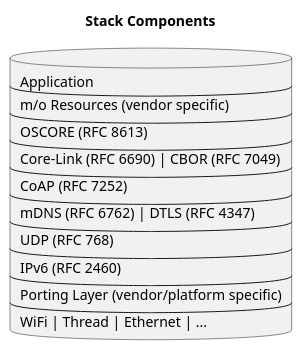
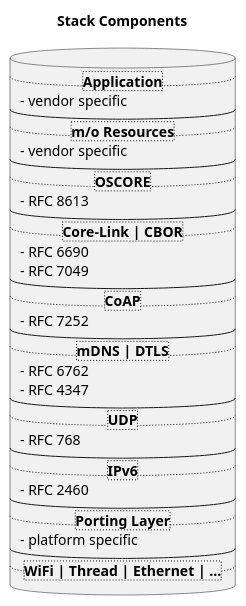
The first of 3 diagrams in README.md (Adam-Maciuga/sdk-knx-iot-point-api-stack), drawn with PlantUML before and after one commit. The commit also changed other lines of this file and 27 other files, not shown here.

````diff
--- a/README.md
+++ b/README.md
@@ -6,31 +6,40 @@
 ```plantuml
 @startuml
 
 title Stack Components 
 
 database Stack as "
-Application
+..**Application**..
+- vendor specific
 ----
-m/o Resources (vendor specific)
+.. **m/o Resources**..
+- vendor specific
 ----
-OSCORE (RFC 8613)
+..**OSCORE**..
+- RFC 8613
 ----
-Core-Link (RFC 6690) | CBOR (RFC 7049)
+..**Core-Link | CBOR**..
+- RFC 6690 
+- RFC 7049
 ----
-CoAP (RFC 7252)
+..**CoAP**..
+- RFC 7252
 ----
-mDNS (RFC 6762) | DTLS (RFC 4347)
+..**mDNS | DTLS**..
+- RFC 6762
+- RFC 4347
 ----
-UDP (RFC 768)
+..**UDP**..
+- RFC 768
 ----
-IPv6 (RFC 2460)
+..**IPv6**..
+- RFC 2460
 ----
-Porting Layer (vendor/platform specific)
+..**Porting Layer**..
+- platform specific
 ----
-WiFi | Thread | Ethernet | ...
+..**WiFi | Thread | Ethernet | ...** ..
 "
 
 @enduml
-
-@enduml
 ```
````
